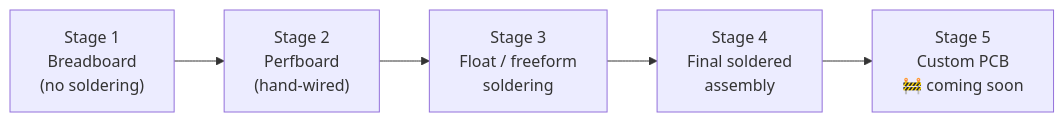
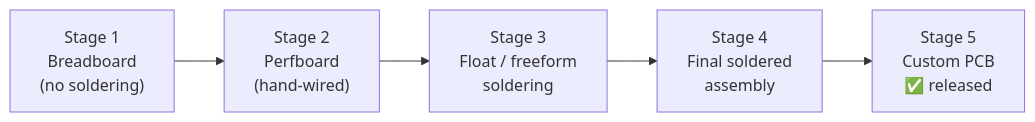
Before and after one commit to skandapypatriot/meteorologus: the second of 2 diagrams in README.md, drawn with Mermaid. The commit also changed other lines of this file, not shown here.

````diff
--- a/README.md
+++ b/README.md
@@ -94,7 +96,7 @@
 ```mermaid
 flowchart LR
     A["Stage 1<br/>Breadboard<br/>(no soldering)"] --> B["Stage 2<br/>Perfboard<br/>(hand-wired)"]
     B --> C["Stage 3<br/>Float / freeform<br/>soldering"]
     C --> D["Stage 4<br/>Final soldered<br/>assembly"]
-    D --> E["Stage 5<br/>Custom PCB<br/>🚧 coming soon"]
+    D --> E["Stage 5<br/>Custom PCB<br/>✅ released"]
 ```
````
